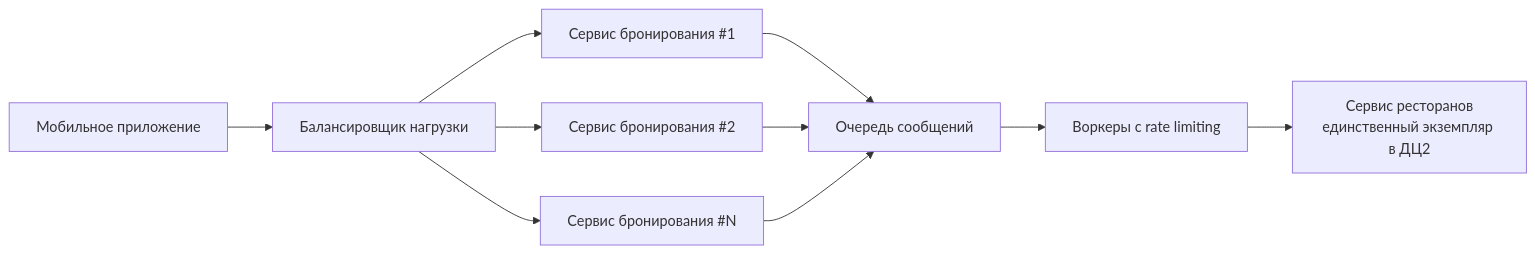
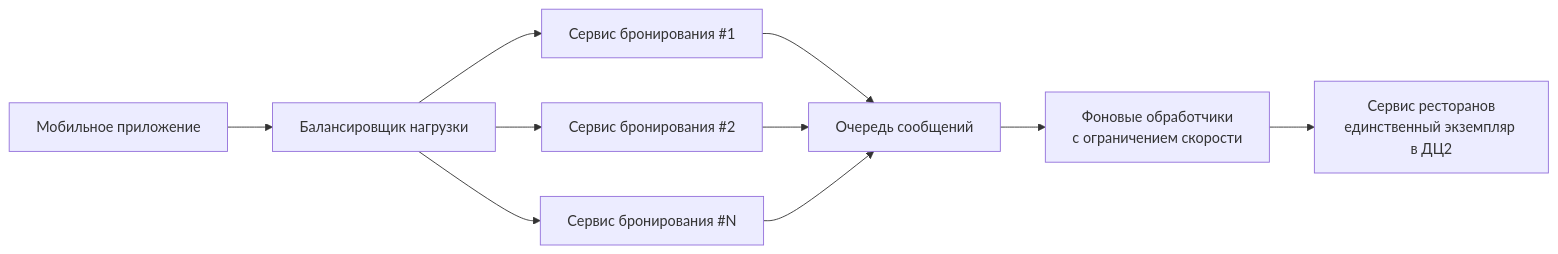
One commit to st0mb1e/ASaA changed the diagram in README.md. Above: the diagram before and after it, drawn with Mermaid. The commit also changed other lines of this file, not shown here.

````diff
--- a/README.md
+++ b/README.md
@@ -114,12 +114,12 @@
 ```mermaid
 flowchart LR
     App[Мобильное приложение] --> LB[Балансировщик нагрузки]
     LB --> B1[Сервис бронирования #1]
     LB --> B2[Сервис бронирования #2]
     LB --> BN[Сервис бронирования #N]
     B1 --> Q[Очередь сообщений]
     B2 --> Q
     BN --> Q
-    Q --> W[Воркеры с rate limiting]
+    Q --> W[Фоновые обработчики<br/>с ограничением скорости]
     W --> R[Сервис ресторанов<br/>единственный экземпляр в ДЦ2]
 ```
````
